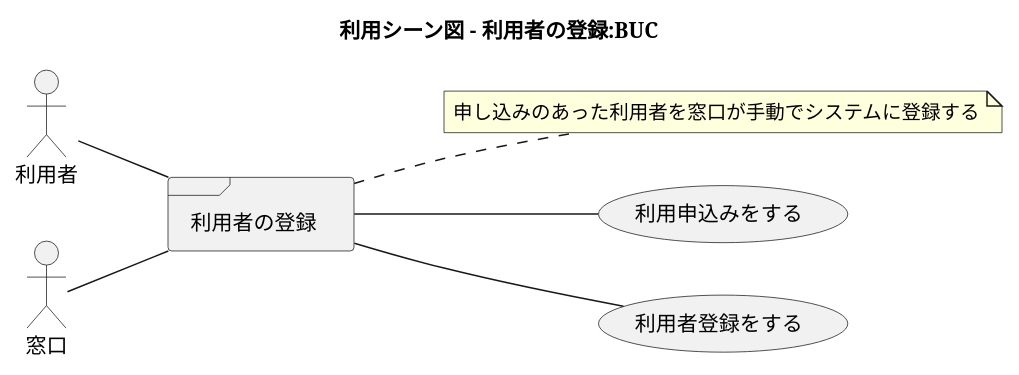
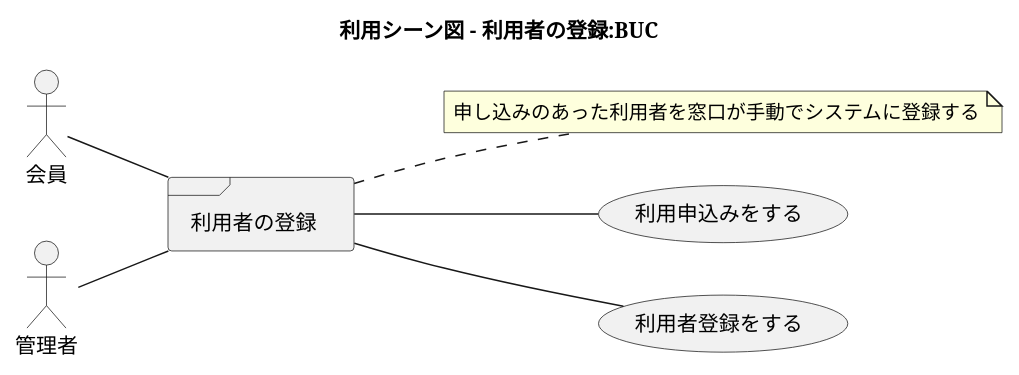
Before and after one commit to k2works/case-study-mrs: the seventh of 19 diagrams in docs/index.adoc, drawn with PlantUML. The commit also changed other lines of this file and 21 other files, not shown here.

```diff
--- a/docs/index.adoc
+++ b/docs/index.adoc
@@ -227,26 +242,26 @@
 [plantuml]
 ----
 @startuml
 
 title 利用シーン図 - 利用者の登録:BUC
 
 left to right direction
 
-actor 利用者
-actor 窓口
+actor 会員 as ac_01
+actor 管理者 as ac_02
 
 frame 利用者の登録
 note right of 利用者の登録
  申し込みのあった利用者を窓口が手動でシステムに登録する
 end note
 
 usecase 利用申込みをする
 usecase 利用者登録をする
 
-:利用者: -- 利用者の登録
-:窓口: -- 利用者の登録
+:ac_01: -- 利用者の登録
+:ac_02: -- 利用者の登録
 利用者の登録 -- (利用申込みをする)
 利用者の登録 -- (利用者登録をする)
 
 @enduml
 ----
```
